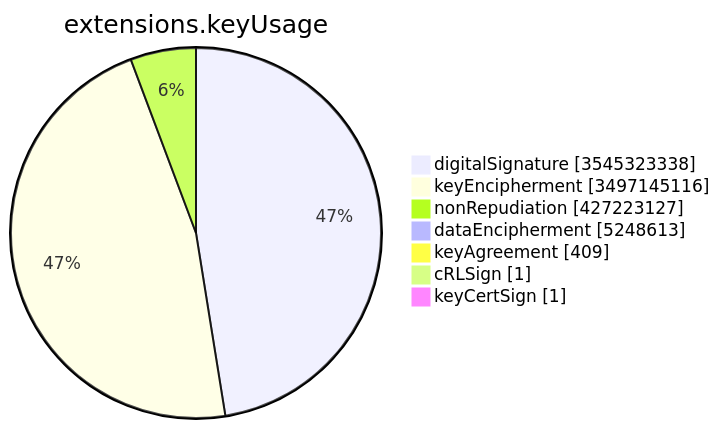
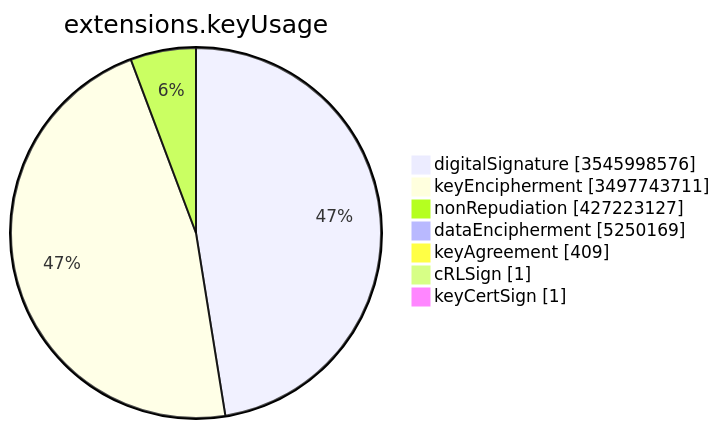
Before and after one commit to christiankrug/ctmonitor_visualization: the sixth of 15 diagrams in TOTAL/README.md, drawn with Mermaid. The commit also changed other lines of this file, not shown here.

````diff
--- a/TOTAL/README.md
+++ b/TOTAL/README.md
@@ -3083,11 +3083,11 @@
 ```mermaid
 pie showData
 title extensions.keyUsage
-"digitalSignature" :3545323338
-"keyEncipherment" :3497145116
+"digitalSignature" :3545998576
+"keyEncipherment" :3497743711
 "nonRepudiation" :427223127
-"dataEncipherment" :5248613
+"dataEncipherment" :5250169
 "keyAgreement" :409
 "cRLSign" :1
 "keyCertSign" :1
 ```
````
